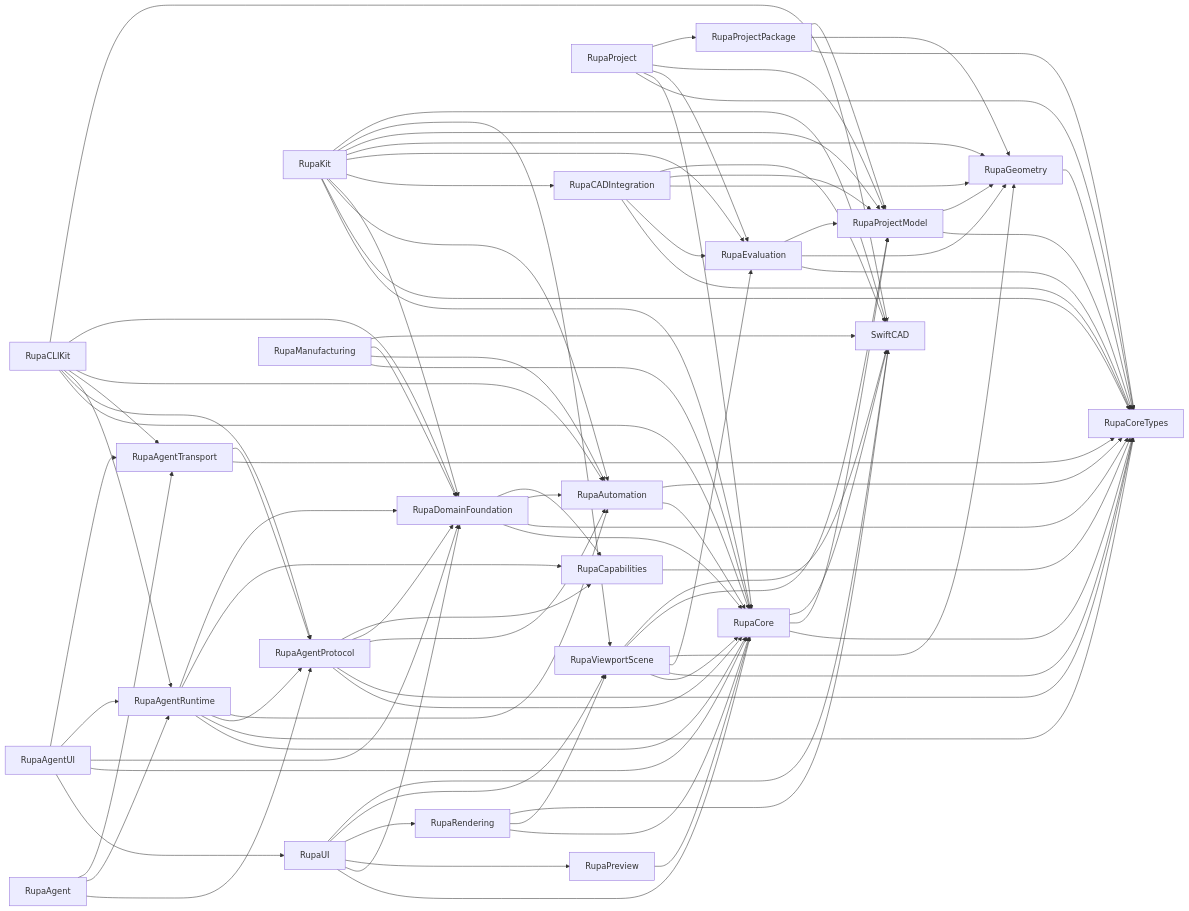
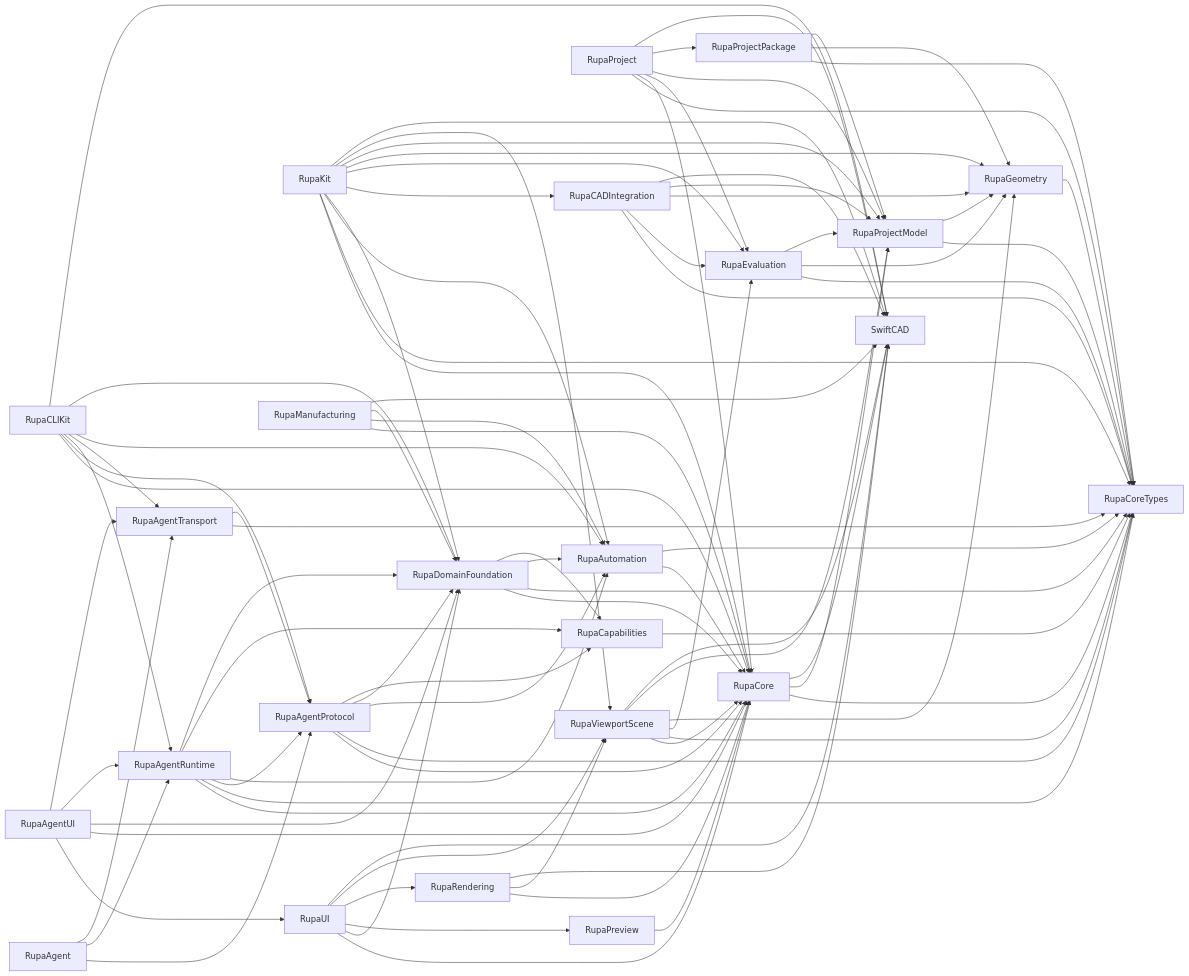
Before and after one commit to 1amageek/Rupa: the first of 3 diagrams in RupaKit/ARCHITECTURE.md, drawn with Mermaid. The commit also changed other lines of this file and 30 other files, not shown here.

```diff
--- a/RupaKit/ARCHITECTURE.md
+++ b/RupaKit/ARCHITECTURE.md
@@ -29,6 +29,7 @@
     Project --> Evaluation
     Project --> ProjectModel
     Project --> ProjectPackage
+    Project --> SwiftCAD
     Core[RupaCore] --> CoreTypes
     Core --> ProjectModel
     Core --> SwiftCAD[SwiftCAD]
```
